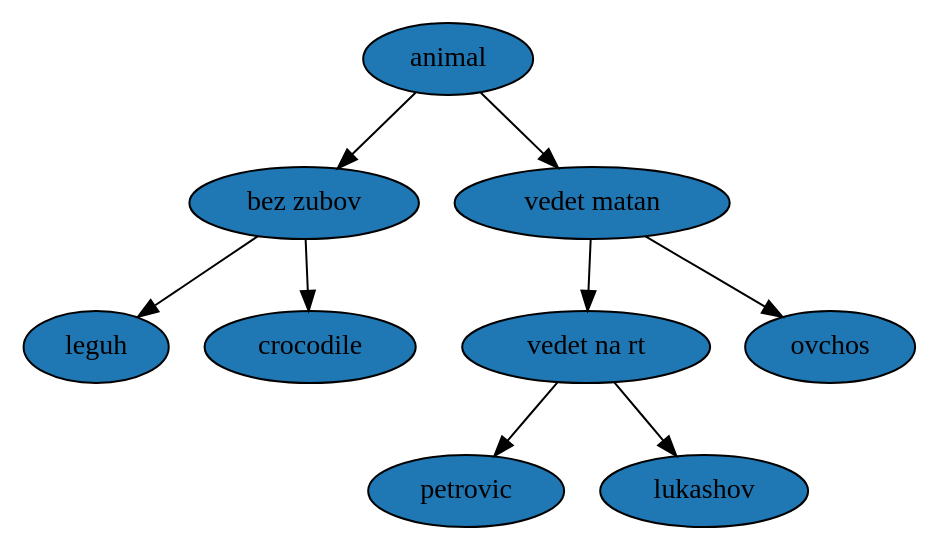
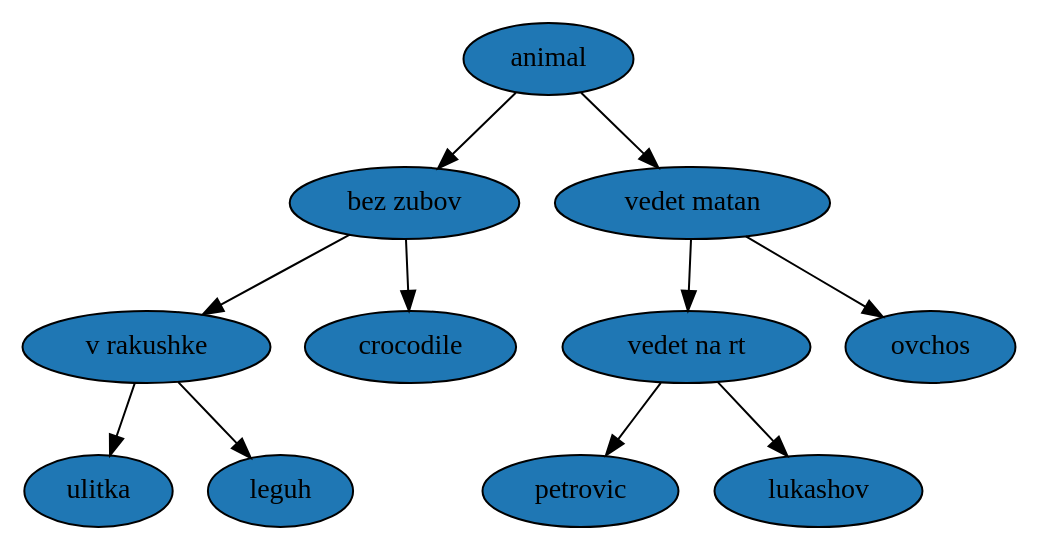
Before and after one commit to MihailIlyushenkov/Akinator: the diagram in Tree.dot, drawn with Graphviz. The commit also changed 5 other files, not shown here.

```diff
--- a/Tree.dot
+++ b/Tree.dot
@@ -1,19 +1,23 @@
 strict digraph {
 		Node_0 [label = "animal", shape = "ellipse", style = "filled", fillcolor = "#1f77b4"]
 		Node_0 -> Node_1
 		Node_1 [label = "bez zubov", shape = "ellipse", style = "filled", fillcolor = "#1f77b4"]
 		Node_1 -> Node_2
-		Node_2 [label = "leguh", shape = "ellipse", style = "filled", fillcolor = "#1f77b4"]
-		Node_1 -> Node_3
-		Node_3 [label = "crocodile", shape = "ellipse", style = "filled", fillcolor = "#1f77b4"]
-		Node_0 -> Node_4
-		Node_4 [label = "vedet matan", shape = "ellipse", style = "filled", fillcolor = "#1f77b4"]
-		Node_4 -> Node_5
-		Node_5 [label = "vedet na rt", shape = "ellipse", style = "filled", fillcolor = "#1f77b4"]
-		Node_5 -> Node_6
-		Node_6 [label = "petrovic", shape = "ellipse", style = "filled", fillcolor = "#1f77b4"]
-		Node_5 -> Node_7
-		Node_7 [label = "lukashov", shape = "ellipse", style = "filled", fillcolor = "#1f77b4"]
-		Node_4 -> Node_8
-		Node_8 [label = "ovchos", shape = "ellipse", style = "filled", fillcolor = "#1f77b4"]
+		Node_2 [label = "v rakushke", shape = "ellipse", style = "filled", fillcolor = "#1f77b4"]
+		Node_2 -> Node_3
+		Node_3 [label = "ulitka", shape = "ellipse", style = "filled", fillcolor = "#1f77b4"]
+		Node_2 -> Node_4
+		Node_4 [label = "leguh", shape = "ellipse", style = "filled", fillcolor = "#1f77b4"]
+		Node_1 -> Node_5
+		Node_5 [label = "crocodile", shape = "ellipse", style = "filled", fillcolor = "#1f77b4"]
+		Node_0 -> Node_6
+		Node_6 [label = "vedet matan", shape = "ellipse", style = "filled", fillcolor = "#1f77b4"]
+		Node_6 -> Node_7
+		Node_7 [label = "vedet na rt", shape = "ellipse", style = "filled", fillcolor = "#1f77b4"]
+		Node_7 -> Node_8
+		Node_8 [label = "petrovic", shape = "ellipse", style = "filled", fillcolor = "#1f77b4"]
+		Node_7 -> Node_9
+		Node_9 [label = "lukashov", shape = "ellipse", style = "filled", fillcolor = "#1f77b4"]
+		Node_6 -> Node_10
+		Node_10 [label = "ovchos", shape = "ellipse", style = "filled", fillcolor = "#1f77b4"]
 }
```
